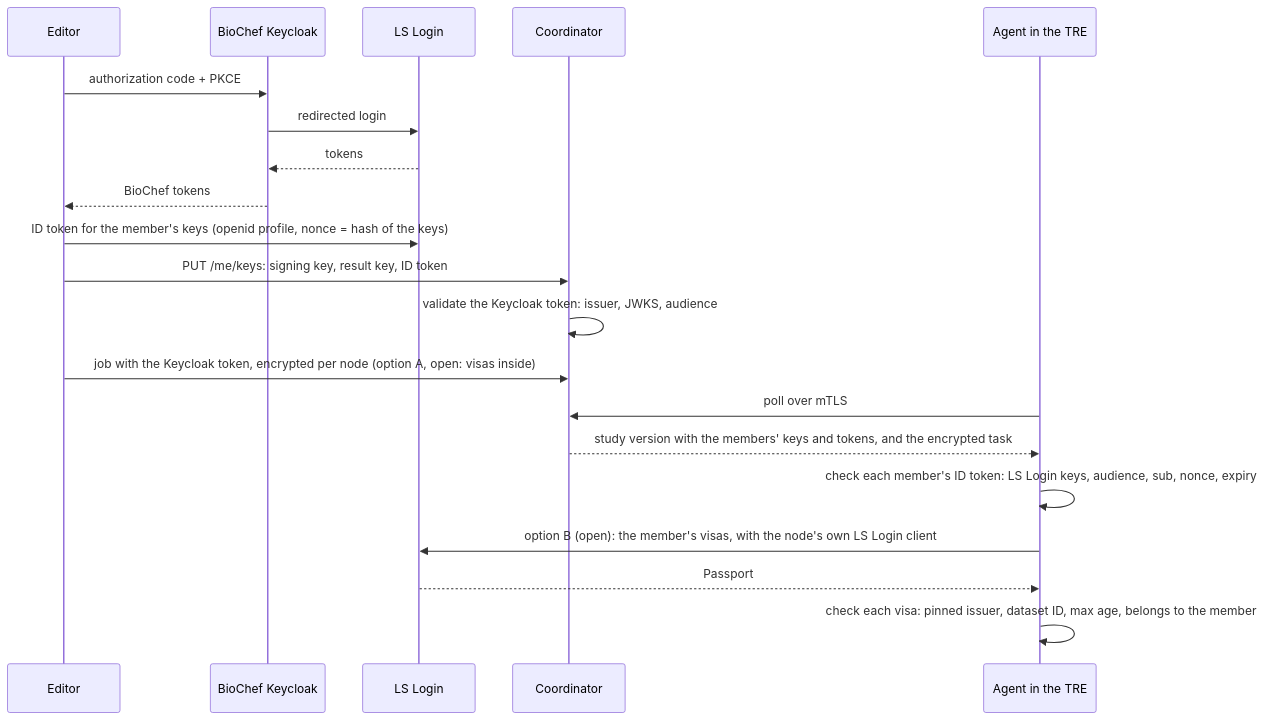
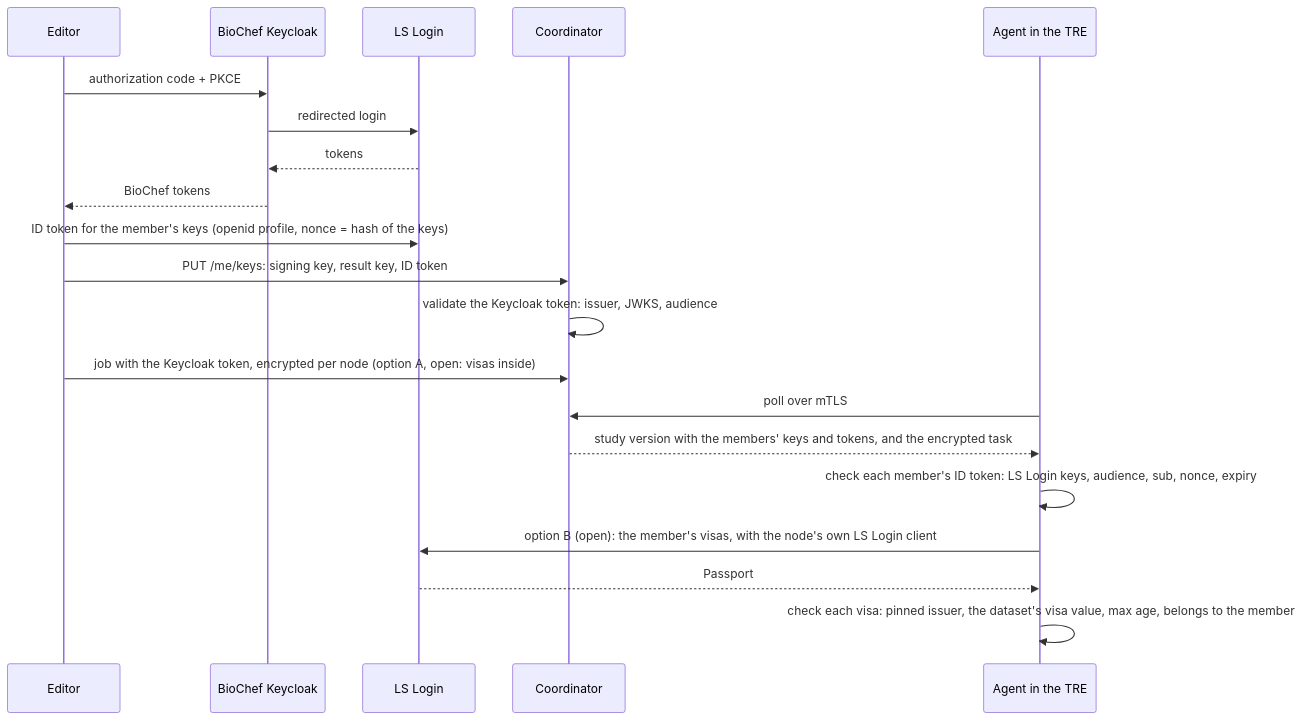
One commit to ieeta-pt/biochef-infra changed the diagram in docs/identity.md. Above: the diagram before and after it, drawn with Mermaid. The commit also changed other lines of this file and 5 other files, not shown here.

````diff
--- a/docs/identity.md
+++ b/docs/identity.md
@@ -53,22 +53,22 @@
 ```mermaid
 sequenceDiagram
   participant E as Editor
   participant K as BioChef Keycloak
   participant L as LS Login
   participant C as Coordinator
   participant A as Agent in the TRE
   E->>K: authorization code + PKCE
   K->>L: redirected login
   L-->>K: tokens
   K-->>E: BioChef tokens
   E->>L: ID token for the member's keys (openid profile, nonce = hash of the keys)
   E->>C: PUT /me/keys: signing key, result key, ID token
   C->>C: validate the Keycloak token: issuer, JWKS, audience
   E->>C: job with the Keycloak token, encrypted per node (option A, open: visas inside)
   A->>C: poll over mTLS
   C-->>A: study version with the members' keys and tokens, and the encrypted task
   A->>A: check each member's ID token: LS Login keys, audience, sub, nonce, expiry
   A->>L: option B (open): the member's visas, with the node's own LS Login client
   L-->>A: Passport
-  A->>A: check each visa: pinned issuer, dataset ID, max age, belongs to the member
+  A->>A: check each visa: pinned issuer, the dataset's visa value, max age, belongs to the member
 ```
````
